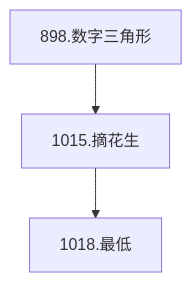
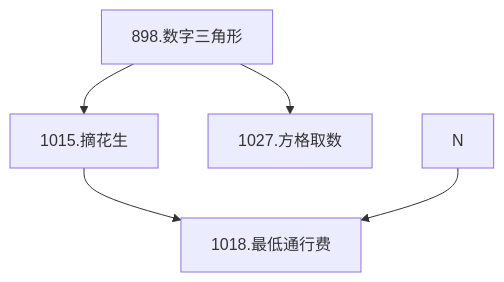
The diagram in 6*-动态规划进阶/6*.1-数字三角形模型.md (cuberxl/Coders-Note), drawn with Mermaid before and after one commit. The commit also changed other lines of this file, not shown here.

Commit message:
6*-动态规划进阶/6*.1-数字三角形模型.md updated from https://stackedit.cn/

````diff
--- a/6*-动态规划进阶/6*.1-数字三角形模型.md
+++ b/6*-动态规划进阶/6*.1-数字三角形模型.md
@@ -4,5 +4,7 @@
 ```mermaid
 graph TD
 A[898.数字三角形]-->B[1015.摘花生]
-B-->C[1018.最低]
+A-->C[1027.方格取数]
+B-->D[1018.最低通行费]
+E[N]-->D
 ```
````
